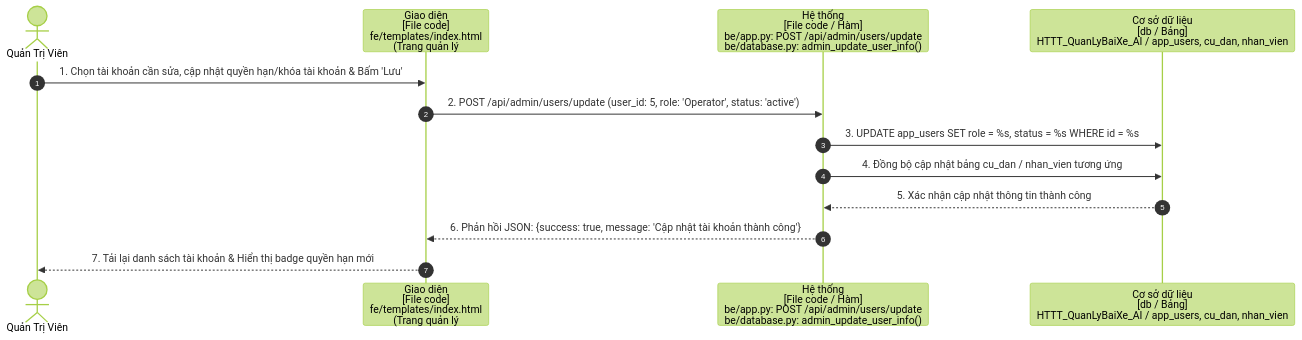
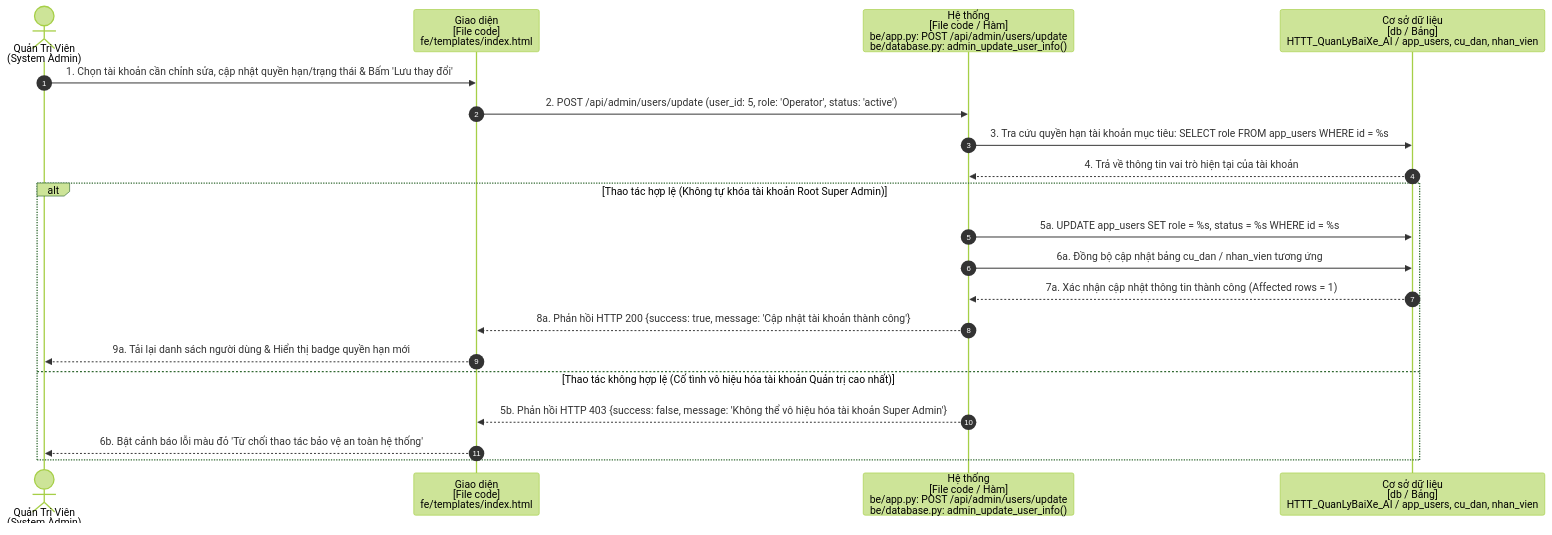
The seventh of 9 diagrams in ongthanquoctruong_24CT2_cnpm/docs/SO_DO_TUAN_TU_CHI_TIET.md (Truong027/CNPM24), drawn with Mermaid (forest theme) before and after one commit. The commit also changed other lines of this file and 26 other files, not shown here.

Commit message:
docs: update sequence diagrams with actor stick figures, alt frames, and grouped by actor

````diff
--- a/ongthanquoctruong_24CT2_cnpm/docs/SO_DO_TUAN_TU_CHI_TIET.md
+++ b/ongthanquoctruong_24CT2_cnpm/docs/SO_DO_TUAN_TU_CHI_TIET.md
@@ -267,16 +267,24 @@
 ```mermaid
 sequenceDiagram
     autonumber
-    actor Admin as Quản Trị Viên
-    participant UI as Giao diện<br/>[File code]<br/>fe/templates/index.html<br/>(Trang quản lý #users-page, Modal #editUserModal)
+    actor Admin as Quản Trị Viên<br/>(System Admin)
+    participant UI as Giao diện<br/>[File code]<br/>fe/templates/index.html
     participant Sys as Hệ thống<br/>[File code / Hàm]<br/>be/app.py: POST /api/admin/users/update<br/>be/database.py: admin_update_user_info()
     participant DB as Cơ sở dữ liệu<br/>[db / Bảng]<br/>HTTT_QuanLyBaiXe_AI / app_users, cu_dan, nhan_vien
 
-    Admin->>UI: 1. Chọn tài khoản cần sửa, cập nhật quyền hạn/khóa tài khoản & Bấm 'Lưu'
+    Admin->>UI: 1. Chọn tài khoản cần chỉnh sửa, cập nhật quyền hạn/trạng thái & Bấm 'Lưu thay đổi'
     UI->>Sys: 2. POST /api/admin/users/update (user_id: 5, role: 'Operator', status: 'active')
-    Sys->>DB: 3. UPDATE app_users SET role = %s, status = %s WHERE id = %s
-    Sys->>DB: 4. Đồng bộ cập nhật bảng cu_dan / nhan_vien tương ứng
-    DB-->>Sys: 5. Xác nhận cập nhật thông tin thành công
-    Sys-->>UI: 6. Phản hồi JSON: {success: true, message: 'Cập nhật tài khoản thành công'}
-    UI-->>Admin: 7. Tải lại danh sách tài khoản & Hiển thị badge quyền hạn mới
+    Sys->>DB: 3. Tra cứu quyền hạn tài khoản mục tiêu: SELECT role FROM app_users WHERE id = %s
+    DB-->>Sys: 4. Trả về thông tin vai trò hiện tại của tài khoản
+
+    alt Thao tác hợp lệ (Không tự khóa tài khoản Root Super Admin)
+        Sys->>DB: 5a. UPDATE app_users SET role = %s, status = %s WHERE id = %s
+        Sys->>DB: 6a. Đồng bộ cập nhật bảng cu_dan / nhan_vien tương ứng
+        DB-->>Sys: 7a. Xác nhận cập nhật thông tin thành công (Affected rows = 1)
+        Sys-->>UI: 8a. Phản hồi HTTP 200 {success: true, message: 'Cập nhật tài khoản thành công'}
+        UI-->>Admin: 9a. Tải lại danh sách người dùng & Hiển thị badge quyền hạn mới
+    else Thao tác không hợp lệ (Cố tình vô hiệu hóa tài khoản Quản trị cao nhất)
+        Sys-->>UI: 5b. Phản hồi HTTP 403 {success: false, message: 'Không thể vô hiệu hóa tài khoản Super Admin'}
+        UI-->>Admin: 6b. Bật cảnh báo lỗi màu đỏ 'Từ chối thao tác bảo vệ an toàn hệ thống'
+    end
 ```
````
